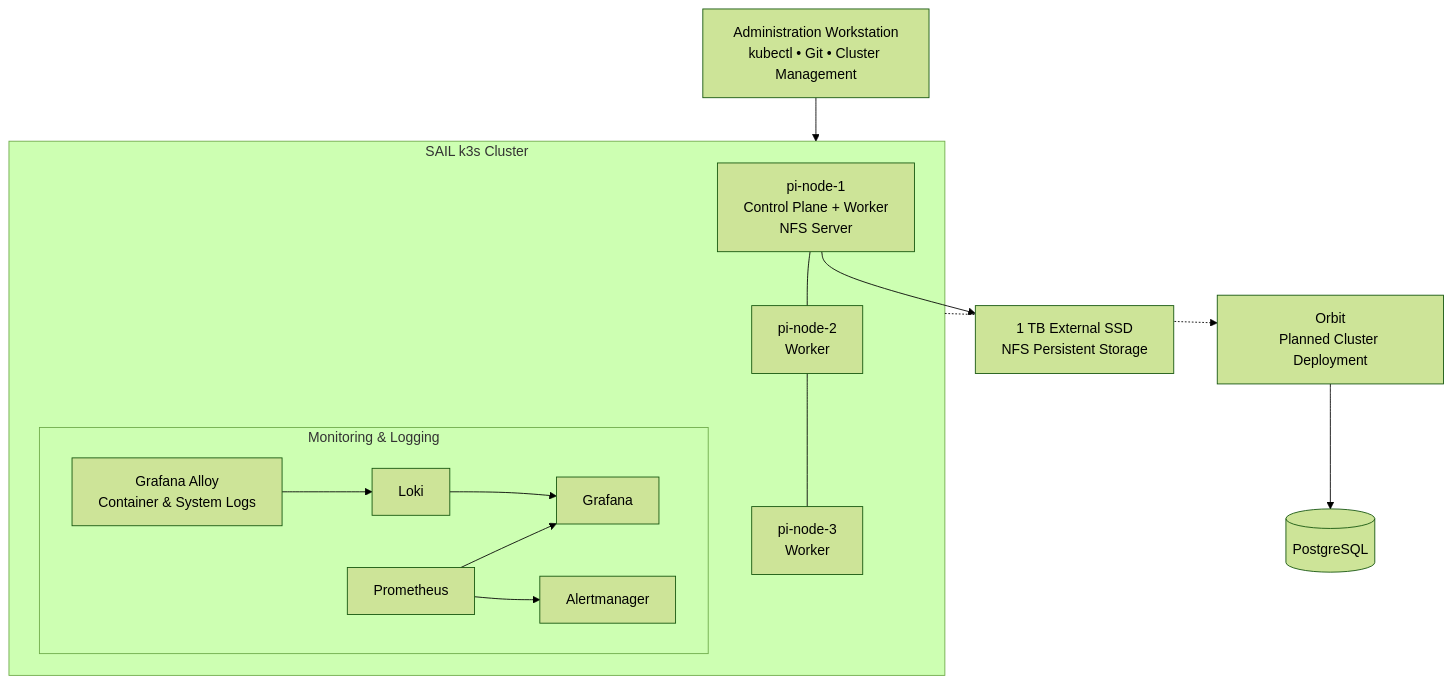
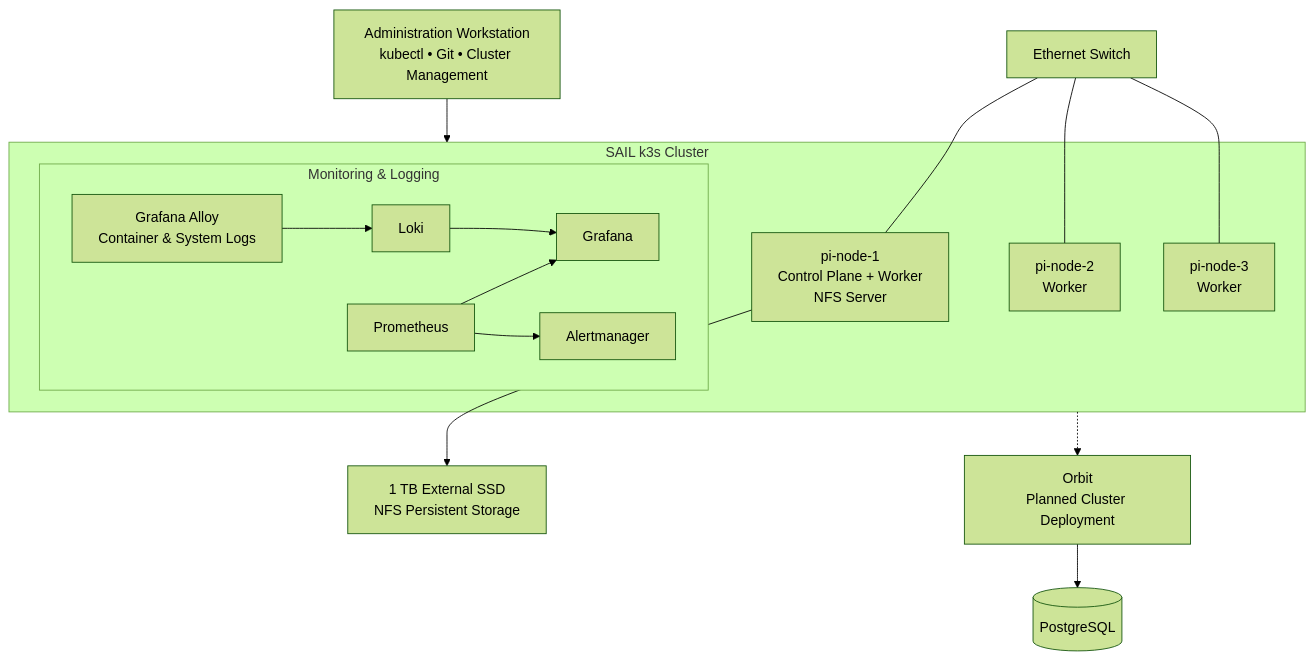
Before and after one commit to ettynan/SAIL: the first of 3 diagrams in README.md, drawn with Mermaid (forest theme).

Commit message:
Updating README architecture to accurately show the pis

````diff
--- a/README.md
+++ b/README.md
@@ -31,38 +31,41 @@
 ```mermaid
 flowchart TB
     ADMIN["Administration Workstation<br/>kubectl • Git • Cluster Management"]
 
     subgraph CLUSTER["SAIL k3s Cluster"]
         P1["pi-node-1<br/>Control Plane + Worker<br/>NFS Server"]
         P2["pi-node-2<br/>Worker"]
         P3["pi-node-3<br/>Worker"]
 
         subgraph OBS["Monitoring & Logging"]
             PROM["Prometheus"]
             GRAF["Grafana"]
             ALERT["Alertmanager"]
             LOKI["Loki"]
             ALLOY["Grafana Alloy<br/>Container & System Logs"]
         end
     end
 
     SSD["1 TB External SSD<br/>NFS Persistent Storage"]
 
     ORBIT["Orbit<br/>Planned Cluster Deployment"]
     DB[("PostgreSQL")]
 
     ADMIN --> CLUSTER
 
-    P1 --- P2
-    P2 --- P3
+    SWITCH["Ethernet Switch"]
+
+    SWITCH --- P1
+    SWITCH --- P2
+    SWITCH --- P3
 
     P1 --> SSD
 
     ALLOY --> LOKI
     PROM --> GRAF
     PROM --> ALERT
     LOKI --> GRAF
 
     CLUSTER -.-> ORBIT
     ORBIT --> DB
 ```
````
